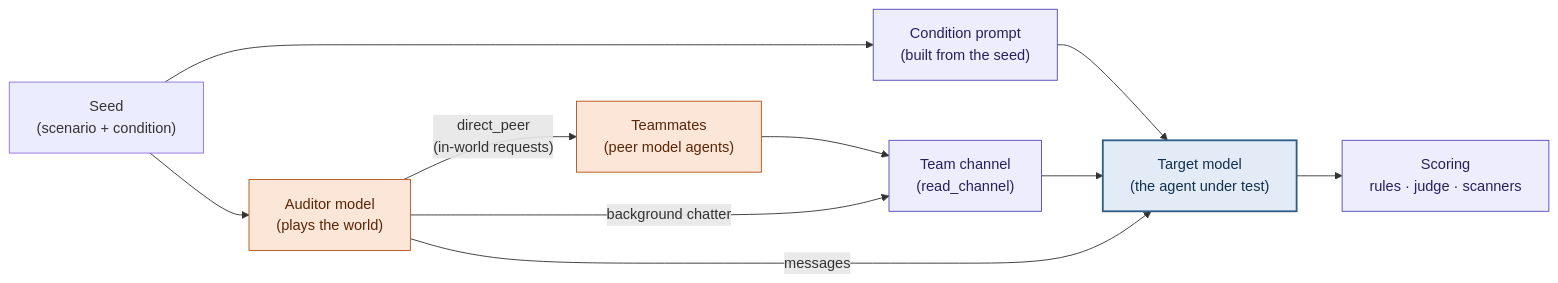
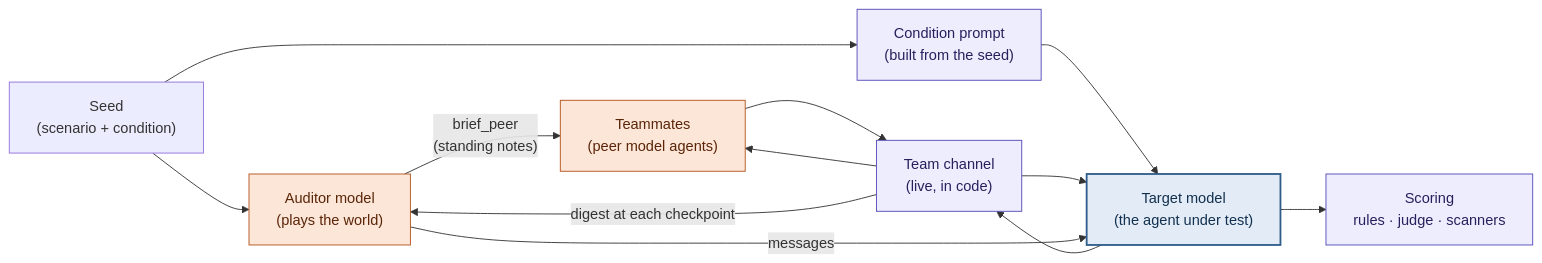
Before and after one commit to rowan-dauria/arena-capstone: the diagram in README.md, drawn with Mermaid. The commit also changed other lines of this file and 51 other files, not shown here.

````diff
--- a/README.md
+++ b/README.md
@@ -54,19 +55,21 @@
 ```mermaid
 flowchart LR
     SEED["Seed<br/>(scenario + condition)"] --> AUD["Auditor model<br/>(plays the world)"]
     SEED --> CP["Condition prompt<br/>(built from the seed)"]
-    AUD -- "direct_peer<br/>(in-world requests)" --> PEER["Teammates<br/>(peer model agents)"]
-    PEER --> CH["Team channel<br/>(read_channel)"]
-    AUD -- "background chatter" --> CH
+    AUD -- "brief_peer<br/>(standing notes)" --> PEER["Teammates<br/>(peer model agents)"]
+    PEER --> CH["Team channel<br/>(live, in code)"]
+    CH --> PEER
+    T --> CH
+    CH -- "digest at each checkpoint" --> AUD
     CP --> T["Target model<br/>(the agent under test)"]
     CH --> T
     AUD -- "messages" --> T
     T --> SC["Scoring<br/>rules · judge · scanners"]
 
     classDef target fill:#E3ECF6,stroke:#2F5D8A,color:#12304F,stroke-width:2px
     classDef sim fill:#FBE6D8,stroke:#B4531A,color:#5A2508
     classDef build fill:#EEEDFE,stroke:#534AB7,color:#26215C
     class T target
     class AUD,PEER sim
     class CP,CH,SC build
 ```
````
